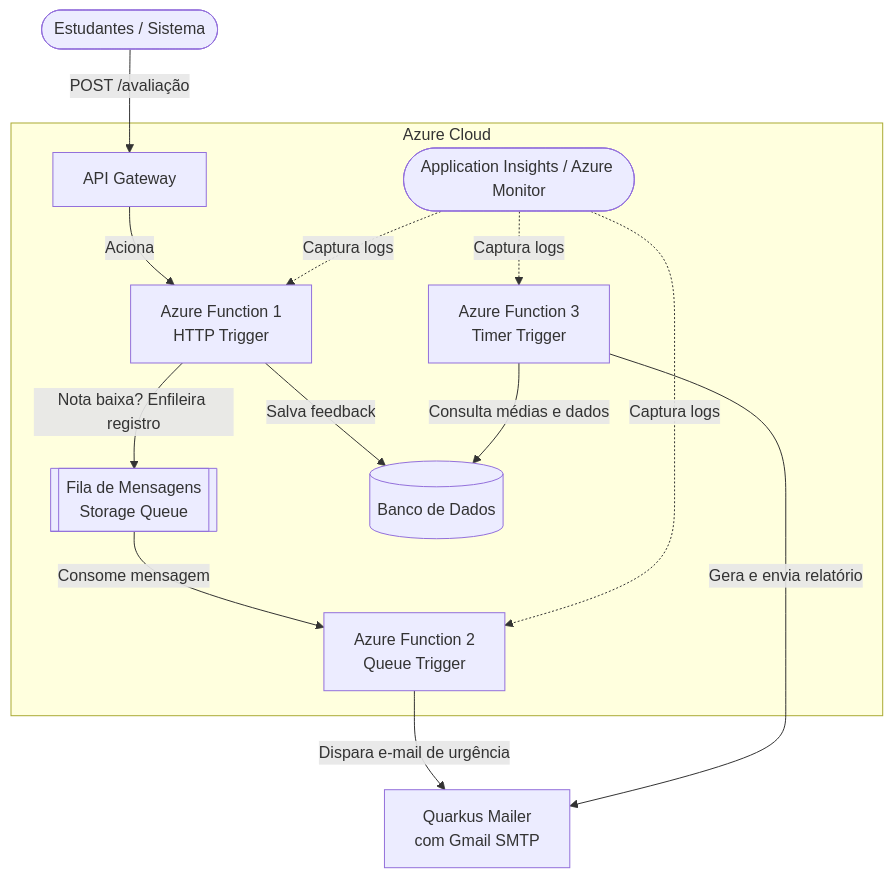
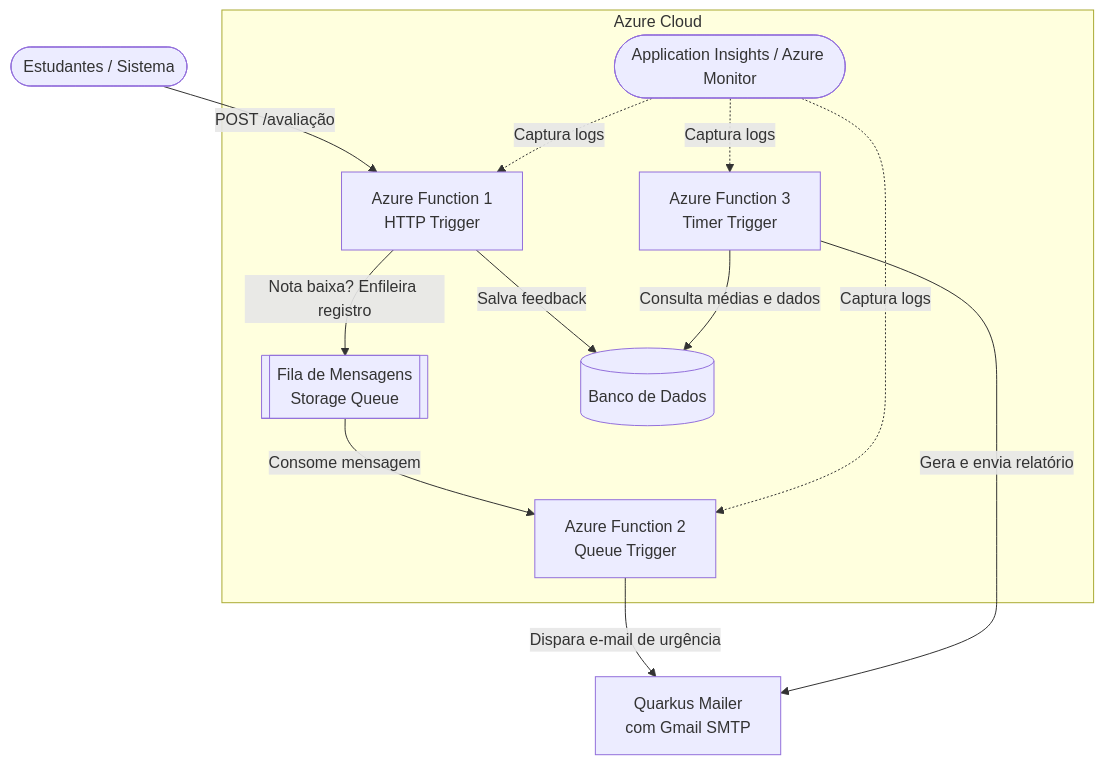
The diagram in README.md (mateusbarbeiro/avaliacoes), drawn with Mermaid before and after one commit. The commit also changed 1 other file, not shown here.

Commit message:
Simplify cloud architecture diagrams in README and README_PT by removing API Gateway references and updating request flow.

````diff
--- a/README.md
+++ b/README.md
@@ -15,46 +15,44 @@
 ```mermaid
 graph TD
     %% Atores
     Client([Estudantes / Sistema])
 
     %% Infraestrutura Cloud
     subgraph Azure Cloud
-        Gateway[API Gateway]
-      
+  
         %% Funções Serverless e Filas
         Func1[Azure Function 1<br>HTTP Trigger]
         MessageQueue[[Fila de Mensagens<br>Storage Queue]]
         Func2[Azure Function 2<br>Queue Trigger]
         Func3[Azure Function 3<br>Timer Trigger]
-      
+  
         %% Banco de Dados
         Database[(Banco de Dados)]
-      
+  
         %% Monitoramento
         AppInsights([Application Insights / Azure Monitor])
     end
 
     %% Serviços / Módulos de Envio
     QuarkusMailer[Quarkus Mailer<br>com Gmail SMTP]
 
     %% Fluxo principal de requisição
-    Client -- "POST /avaliação" --> Gateway
-    Gateway -- "Aciona" --> Func1
+    Client -- "POST /avaliação" --> Func1
   
     %% Fluxo de Banco de Dados e Fila (Urgência)
     Func1 -- "Salva feedback" --> Database
     Func1 -- "Nota baixa? Enfileira registro" --> MessageQueue
   
     %% Fluxo de Notificação Crítica
     MessageQueue -- "Consome mensagem" --> Func2
     Func2 -- "Dispara e-mail de urgência" --> QuarkusMailer
   
     %% Fluxo de Relatório Semanal
     Func3 -- "Consulta médias e dados" --> Database
     Func3 -- "Gera e envia relatório" --> QuarkusMailer
   
     %% Fluxo de Observabilidade
     AppInsights -. "Captura logs" .-> Func1
     AppInsights -. "Captura logs" .-> Func2
     AppInsights -. "Captura logs" .-> Func3
 ```
````
